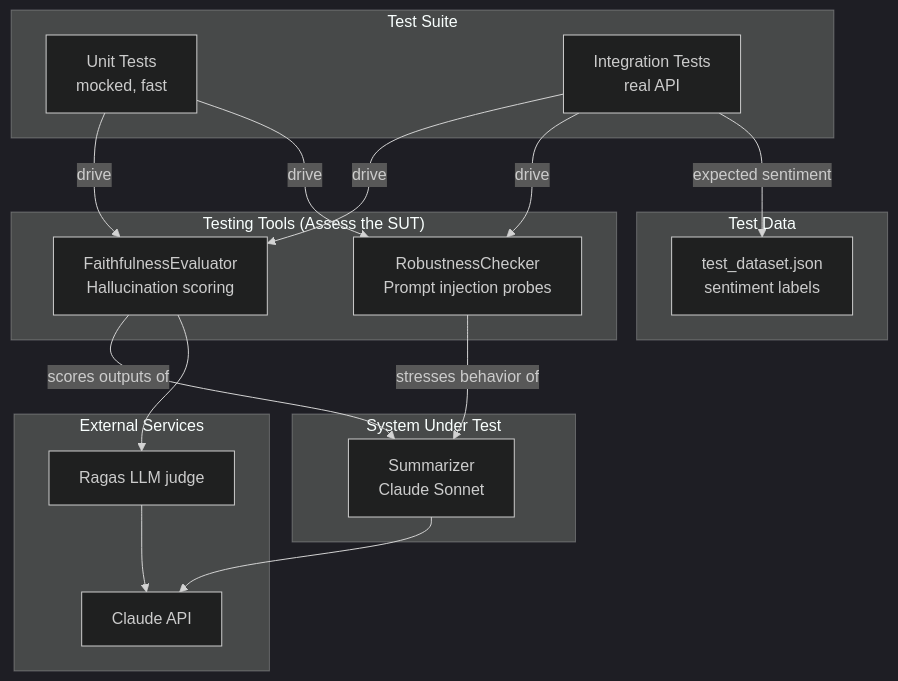
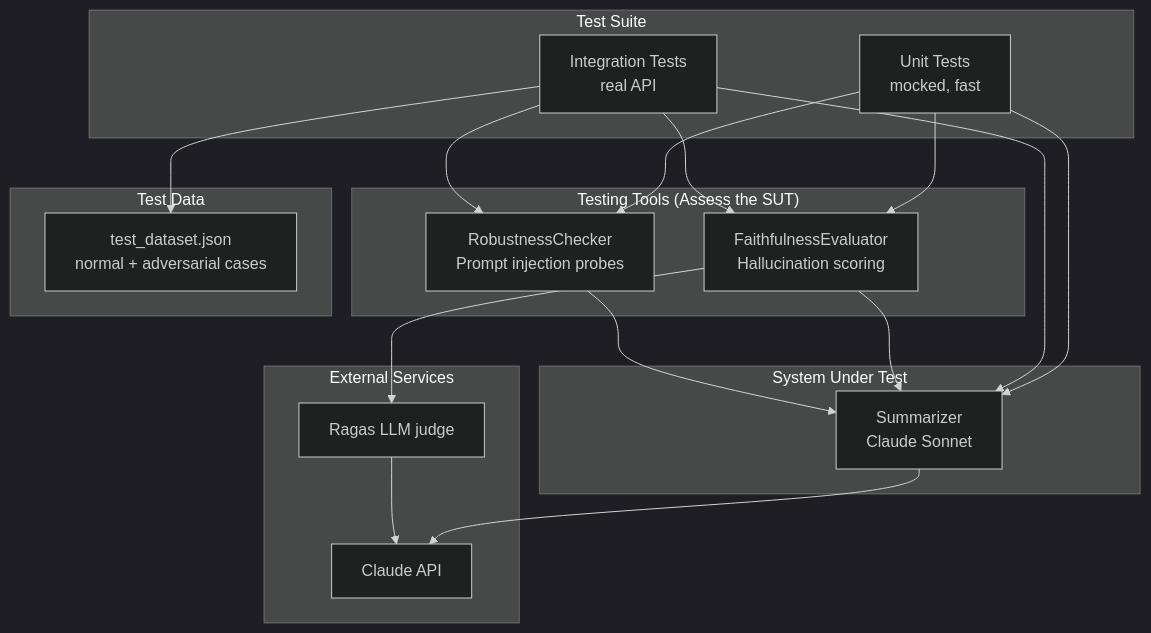
One commit to gsiam/review-sentiment-eval changed the first of 2 diagrams in README.md. Above: the diagram before and after it, drawn with Mermaid (dark theme).

Commit message:
Clarify test data description and improve flowchart connections

````diff
--- a/README.md
+++ b/README.md
@@ -13,36 +13,38 @@
 ```mermaid
 graph TD
     subgraph "System Under Test"
         S[Summarizer<br/>Claude Sonnet]
     end
 
     subgraph "Testing Tools (Assess the SUT)"
         E[FaithfulnessEvaluator<br/>Hallucination scoring]
         R[RobustnessChecker<br/>Prompt injection probes]
     end
 
     subgraph "Test Suite"
         UT[Unit Tests<br/>mocked, fast]
         IT[Integration Tests<br/>real API]
     end
 
     subgraph "External Services"
         API[Claude API]
         RAGAS[Ragas LLM judge]
     end
 
     subgraph "Test Data"
-        DATA[test_dataset.json<br/>sentiment labels]
+        DATA[test_dataset.json<br/>normal + adversarial cases]
     end
 
-    UT -->|drive| E
-    IT -->|drive| E
-    UT -->|drive| R
-    IT -->|drive| R
-    IT -->|expected sentiment| DATA
-    E -->|scores outputs of| S
-    R -->|stresses behavior of| S
+    UT --> S
+    UT --> E
+    UT --> R
+    IT --> S
+    IT --> E
+    IT --> R
+    IT --> DATA
+    E --> S
+    R --> S
     S --> API
     RAGAS --> API
     E --> RAGAS
 ```
````
